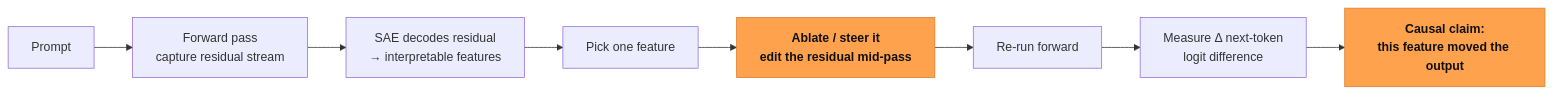
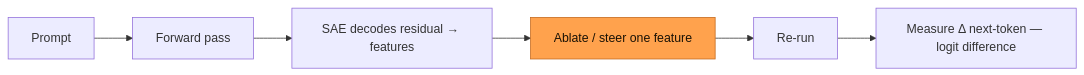
One commit to santoshcheethiralame-dot/GlassBox changed the second of 2 diagrams in README.md. Above: the diagram before and after it, drawn with Mermaid. The commit also changed other lines of this file, not shown here.

First line of the commit message:
README: drop HF front-matter from GitHub view, remove emoji headers, simplify diagrams

````diff
--- a/README.md
+++ b/README.md
@@ -113,12 +83,10 @@
 ```mermaid
 flowchart LR
-    P["Prompt"] --> F["Forward pass<br/>capture residual stream"]
-    F --> D["SAE decodes residual<br/>→ interpretable features"]
-    D --> C["Pick one feature"]
-    C --> A["Ablate / steer it<br/>edit the residual mid-pass"]
-    A --> R["Re-run forward"]
-    R --> M["Measure Δ next-token<br/>logit difference"]
-    M --> V["Causal claim:<br/>this feature moved the output"]
-    classDef hot fill:#ffa24d,stroke:#e07d28,color:#111,font-weight:bold
-    class A,V hot
+    A["Prompt"] --> B["Forward pass"]
+    B --> C["SAE decodes residual → features"]
+    C --> D["Ablate / steer one feature"]
+    D --> E["Re-run"]
+    E --> F["Measure Δ next-token — logit difference"]
+
+    style D fill:#ffa24d,stroke:#c46a1e,color:#1a1205
 ```
````
